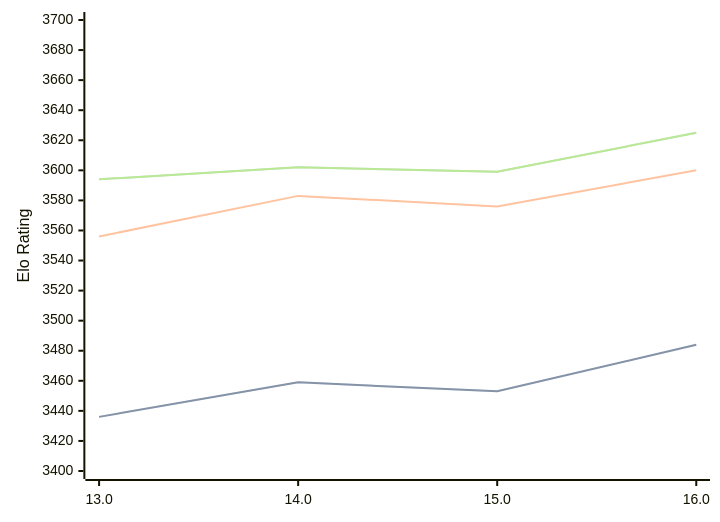
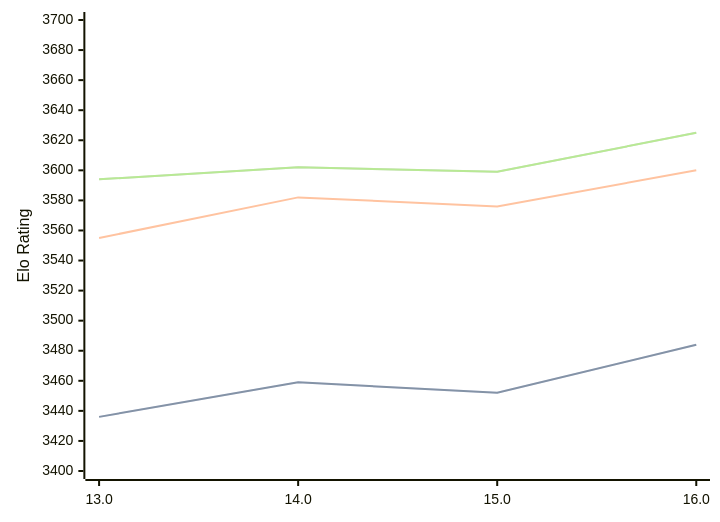
Before and after one commit to computer-chess-index/cci: the diagram in engines/Obsidian.md, drawn with Mermaid. The commit also changed other lines of this file, not shown here.

````diff
--- a/engines/Obsidian.md
+++ b/engines/Obsidian.md
@@ -41,11 +41,11 @@
 ```mermaid
 %%{init: {"theme":"base","themeVariables":{"seriesColors:['#a3a3a3','#222221','#faa371']}}}%%
 xychart-beta
   x-axis ["13.0", "14.0", "15.0", "16.0"]
   y-axis "Elo Rating" 3400 --> 3700
-  line "STC (8.0+0.08s)" [3436, 3459, 3453, 3484]
-  line "STC (8.0+0.08s)" [3436, 3459, 3453, 3484]
-  line "LTC (60.0+0.60s)" [3556, 3583, 3576, 3600]
+  line "STC (8.0+0.08s)" [3436, 3459, 3452, 3484]
+  line "STC (8.0+0.08s)" [3436, 3459, 3452, 3484]
+  line "LTC (60.0+0.60s)" [3555, 3582, 3576, 3600]
   line "VLTC (2m24s+1.12s)" [3594, 3602, 3599, 3625]
   line "VLTC (2m24s+1.12s)" [3594, 3602, 3599, 3625]
 ```
````
